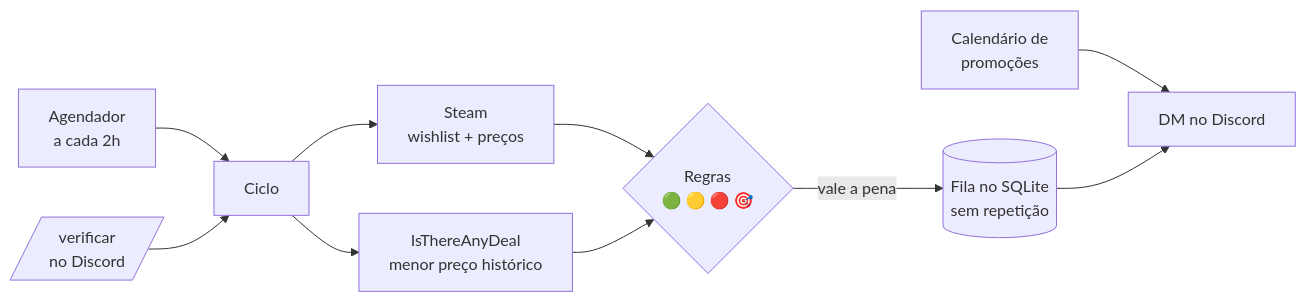
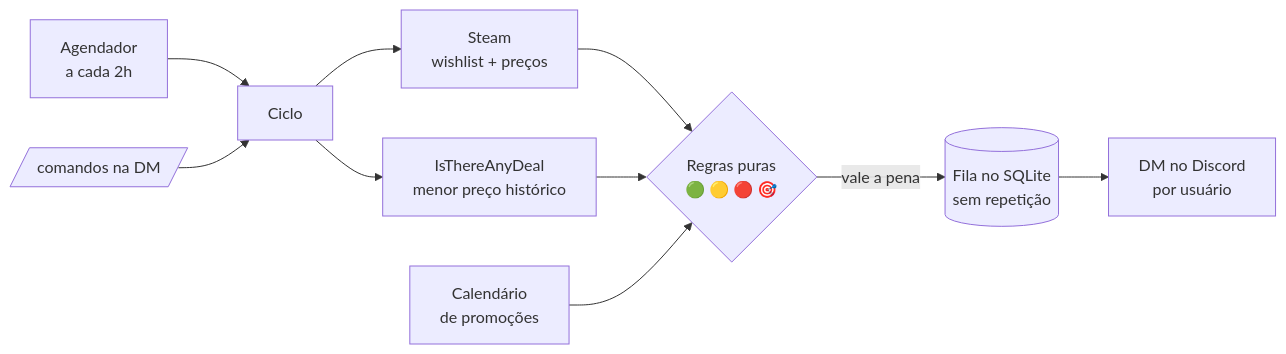
The diagram in README.md (mvieira-hub/steam-deals), drawn with Mermaid before and after one commit. The commit also changed other lines of this file and 3 other files, not shown here.

````diff
--- a/README.md
+++ b/README.md
@@ -18,12 +50,12 @@
 ```mermaid
 flowchart LR
-    A[Agendador<br/>a cada 2h] --> C
-    B[/verificar<br/>no Discord/] --> C
-    C[Ciclo] --> D[Steam<br/>wishlist + preços]
-    C --> E[IsThereAnyDeal<br/>menor preço histórico]
-    D --> F{Regras<br/>🟢 🟡 🔴 🎯}
-    E --> F
-    F -->|vale a pena| G[(Fila no SQLite<br/>sem repetição)]
-    H[Calendário de<br/>promoções] --> I
-    G --> I[DM no Discord]
+    SCHED[Agendador<br/>a cada 2h] --> CICLO
+    CMD[/comandos na DM/] --> CICLO
+    CICLO[Ciclo] --> STEAM[Steam<br/>wishlist + preços]
+    CICLO --> ITAD[IsThereAnyDeal<br/>menor preço histórico]
+    STEAM --> REGRAS{Regras puras<br/>🟢 🟡 🔴 🎯}
+    ITAD --> REGRAS
+    CAL[Calendário<br/>de promoções] --> REGRAS
+    REGRAS -->|vale a pena| FILA[(Fila no SQLite<br/>sem repetição)]
+    FILA --> DM[DM no Discord<br/>por usuário]
 ```
````
